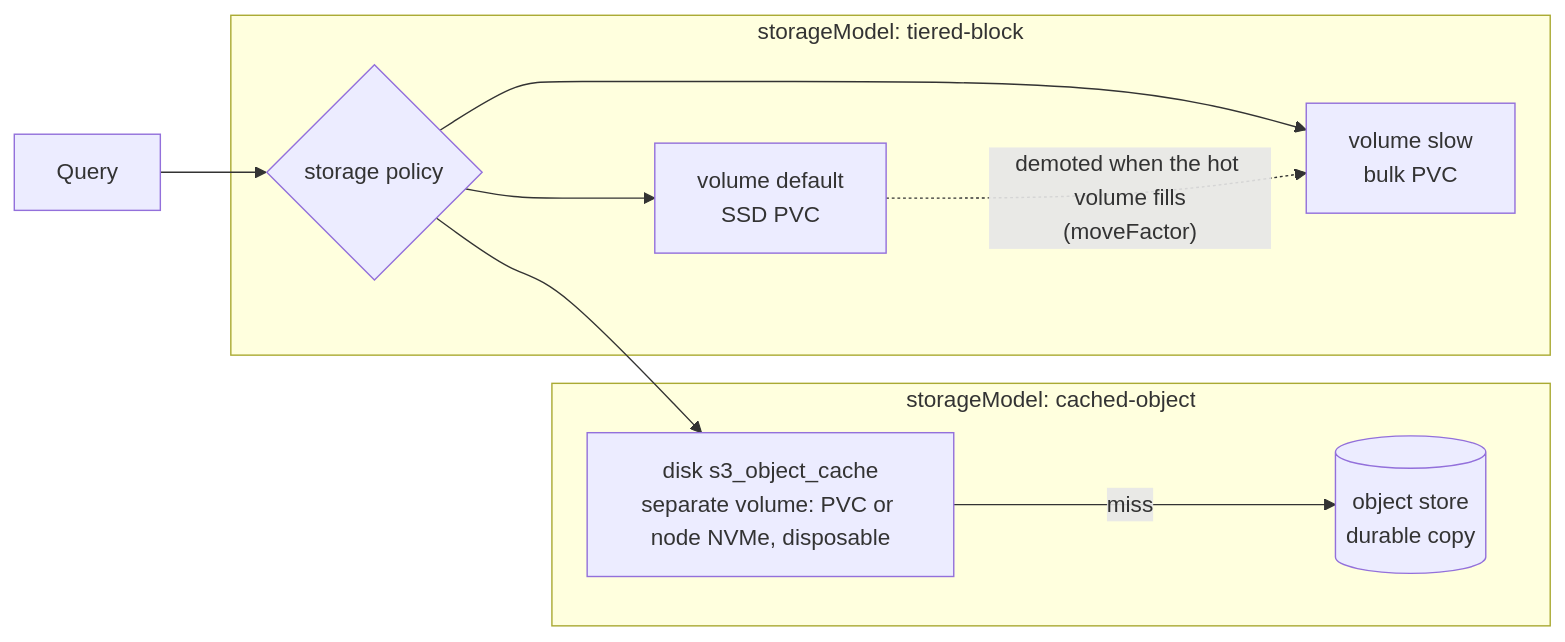
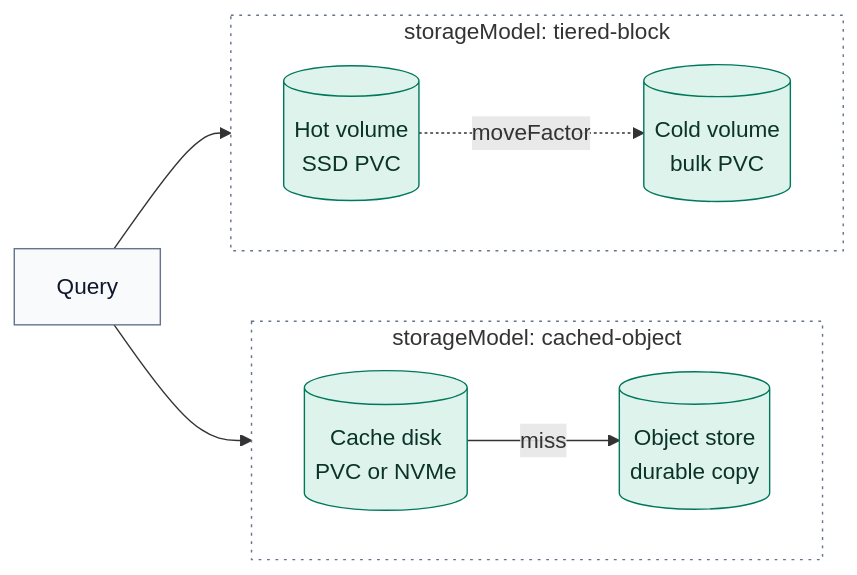
Before and after one commit to hyperi-io/dfe-infra: the diagram in docs/deployment/clickhouse-tiering.md, drawn with Mermaid. The commit also changed other lines of this file and 63 other files, not shown here.

````diff
--- a/docs/deployment/clickhouse-tiering.md
+++ b/docs/deployment/clickhouse-tiering.md
@@ -21,13 +23,30 @@
 ```mermaid
 flowchart LR
-    Q[Query] --> P{storage policy}
-    subgraph tieredblock["storageModel: tiered-block"]
-        P --> H["volume default<br/>SSD PVC"]
-        P --> C["volume slow<br/>bulk PVC"]
-        H -. "demoted when the hot volume fills<br/>(moveFactor)" .-> C
+    accTitle: L4 Detail -- ClickHouse storage models
+    accDescr: A query reads through the storage policy. Under tiered-block a part sits on the hot SSD volume until moveFactor demotes it to the cold bulk volume. Under cached-object the cache disk answers and fetches a miss from the object store, which holds the durable copy.
+
+    query["Query"]
+
+    subgraph tiered["storageModel: tiered-block"]
+        direction LR
+        hot[("Hot volume<br/>SSD PVC")]
+        cold[("Cold volume<br/>bulk PVC")]
+        hot -.->|moveFactor| cold
     end
-    subgraph cachedobject["storageModel: cached-object"]
-        P --> W["disk s3_object_cache<br/>separate volume: PVC or node NVMe, disposable"]
-        W -- "miss" --> O[("object store<br/>durable copy")]
+
+    subgraph cached["storageModel: cached-object"]
+        direction LR
+        cache[("Cache disk<br/>PVC or NVMe")]
+        objstore[("Object store<br/>durable copy")]
+        cache -->|miss| objstore
     end
+
+    query --> tiered
+    query --> cached
+
+    classDef default fill:#F8FAFC,stroke:#64748B,stroke-width:1px,color:#0F172A
+    classDef store fill:#DDF3EC,stroke:#00785A,stroke-width:1px,color:#0B3327
+    classDef group fill:none,stroke:#64748B,stroke-width:1px,stroke-dasharray:2 4
+    class hot,cold,cache,objstore store
+    class tiered,cached group
 ```
````
